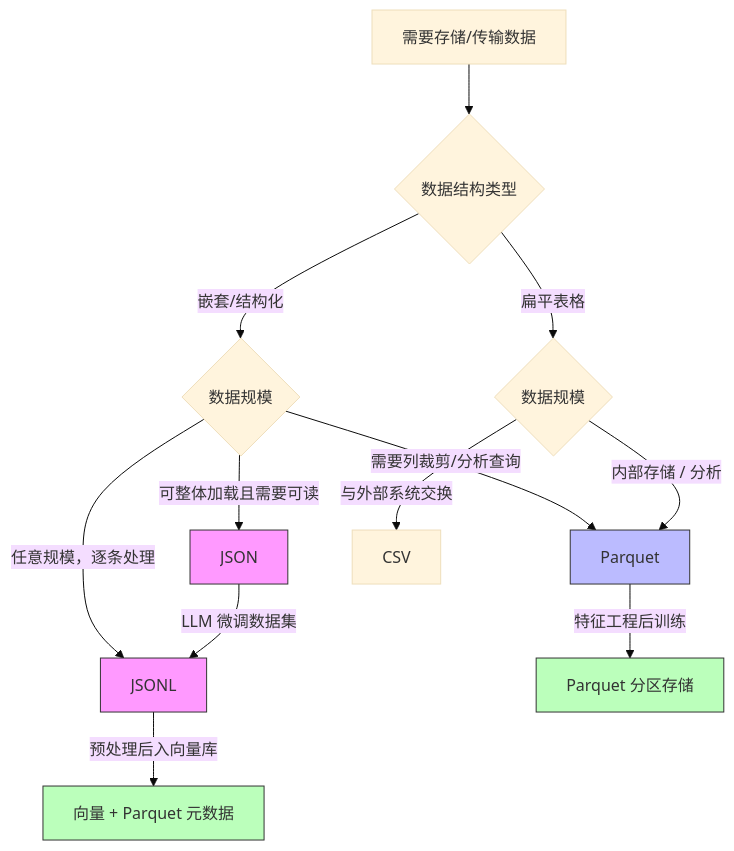
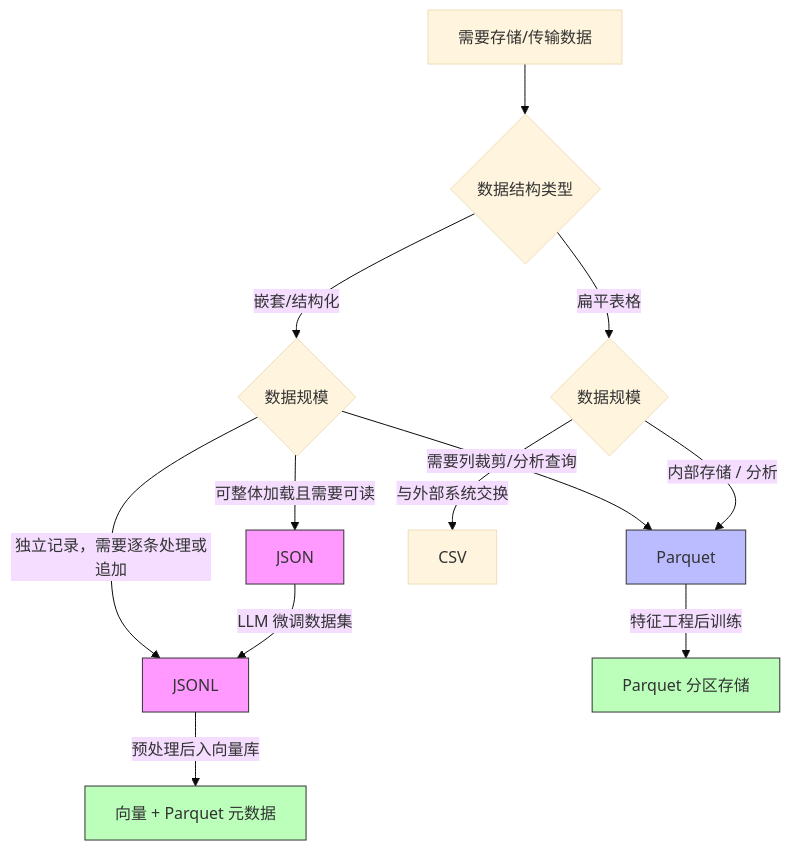
The diagram in knowledge/data/processing/data-formats.md (AmbitionC/front-end-journey-resource), drawn with Mermaid (base theme) before and after one commit. The commit also changed other lines of this file and 13 other files, not shown here.

````diff
--- a/knowledge/data/processing/data-formats.md
+++ b/knowledge/data/processing/data-formats.md
@@ -232,23 +232,23 @@
 ```mermaid
 flowchart TD
     A[需要存储/传输数据] --> B{数据结构类型}
     B -->|嵌套/结构化| C{数据规模}
     B -->|扁平表格| D{数据规模}
 
     C -->|可整体加载且需要可读| E[JSON]
-    C -->|任意规模，逐条处理| F[JSONL]
+    C -->|独立记录，需要逐条处理或追加| F[JSONL]
     C -->|需要列裁剪/分析查询| G[Parquet]
 
     D -->|与外部系统交换| H[CSV]
     D -->|内部存储 / 分析| G
 
     E -->|LLM 微调数据集| F
     F -->|预处理后入向量库| I[向量 + Parquet 元数据]
     G -->|特征工程后训练| J[Parquet 分区存储]
 
     style E fill:#f9f,stroke:#333
     style F fill:#f9f,stroke:#333
     style G fill:#bbf,stroke:#333
     style I fill:#bfb,stroke:#333
     style J fill:#bfb,stroke:#333
 ```
````
